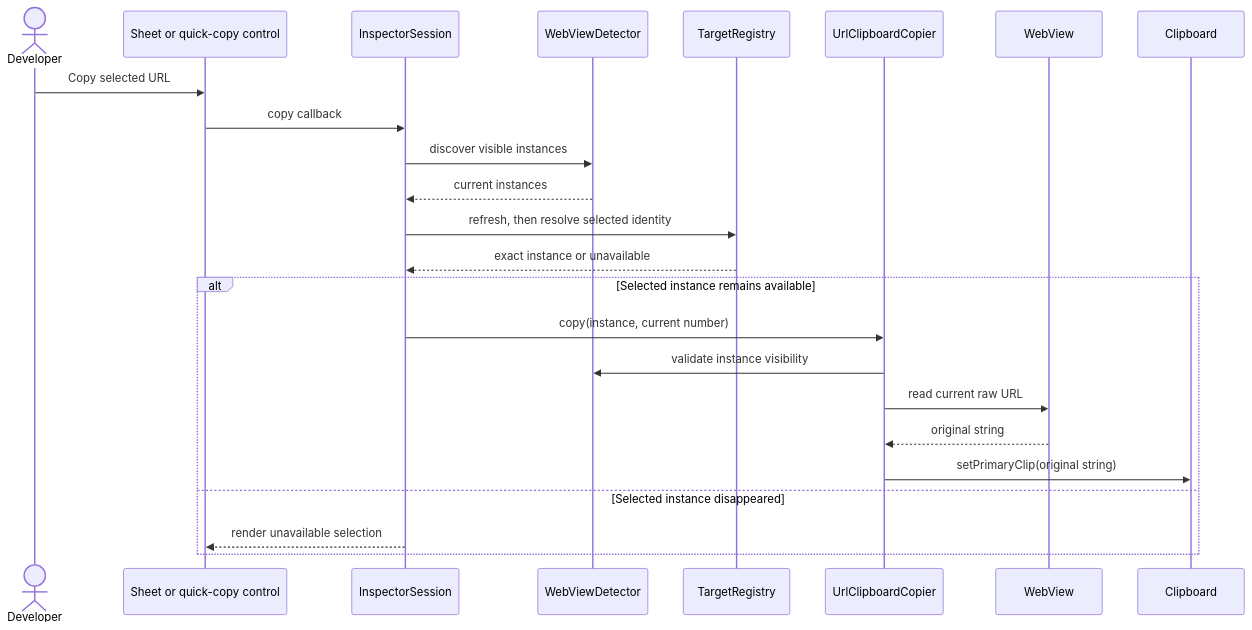
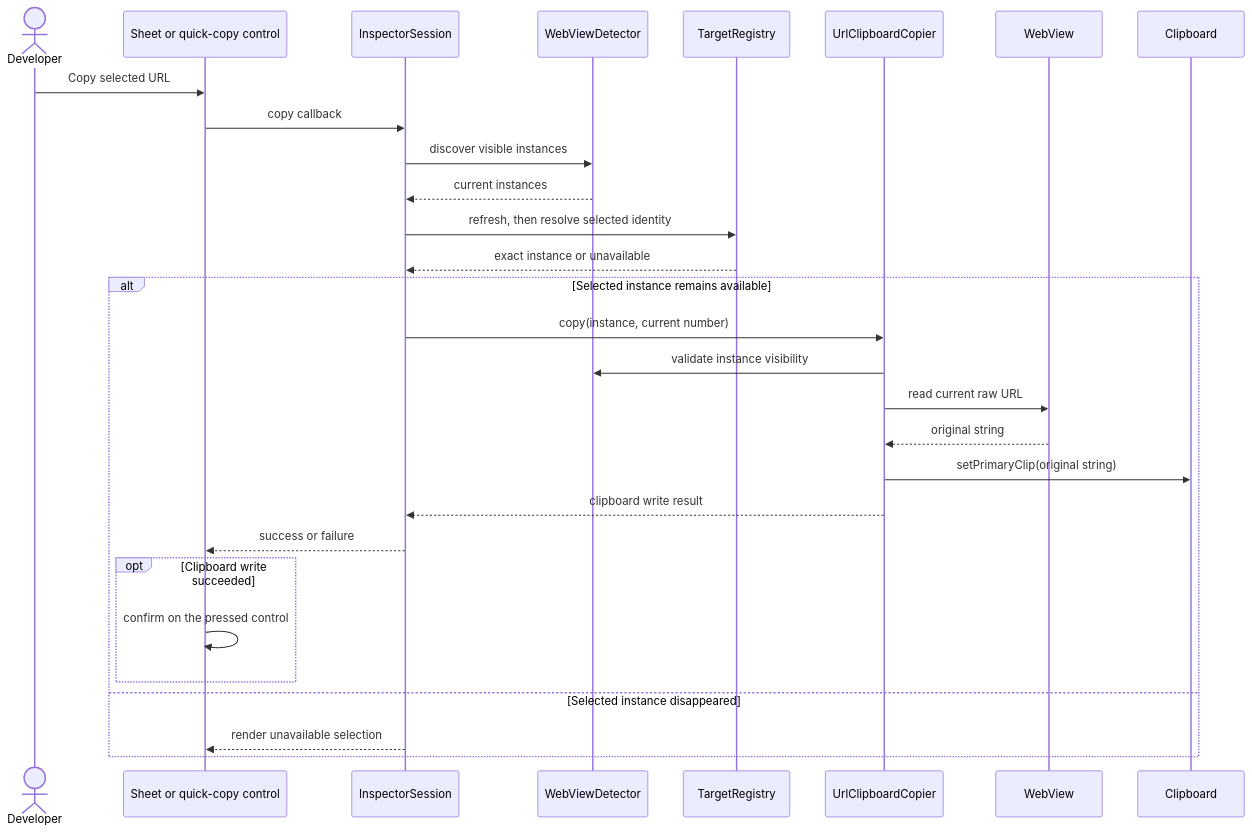
The fourth of 5 diagrams in webview-inspector/docs/ARCHITECTURE.md (chinmaydash007/WebViewInspector), drawn with Mermaid before and after one commit. The commit also changed other lines of this file and 22 other files, not shown here.

Commit message:
Confirm successful inspector clipboard copies

````diff
--- a/webview-inspector/docs/ARCHITECTURE.md
+++ b/webview-inspector/docs/ARCHITECTURE.md
@@ -188,26 +191,31 @@
 ```mermaid
 sequenceDiagram
     actor Developer
     participant UI as Sheet or quick-copy control
     participant Session as InspectorSession
     participant Detector as WebViewDetector
     participant Registry as TargetRegistry
     participant Copier as UrlClipboardCopier
     participant WebView
     participant Clipboard
     Developer->>UI: Copy selected URL
     UI->>Session: copy callback
     Session->>Detector: discover visible instances
     Detector-->>Session: current instances
     Session->>Registry: refresh, then resolve selected identity
     Registry-->>Session: exact instance or unavailable
     alt Selected instance remains available
         Session->>Copier: copy(instance, current number)
         Copier->>Detector: validate instance visibility
         Copier->>WebView: read current raw URL
         WebView-->>Copier: original string
         Copier->>Clipboard: setPrimaryClip(original string)
+        Copier-->>Session: clipboard write result
+        Session-->>UI: success or failure
+        opt Clipboard write succeeded
+            UI->>UI: confirm on the pressed control
+        end
     else Selected instance disappeared
         Session-->>UI: render unavailable selection
     end
 ```
````
